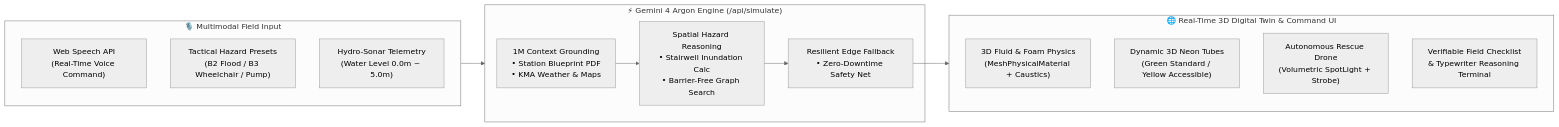
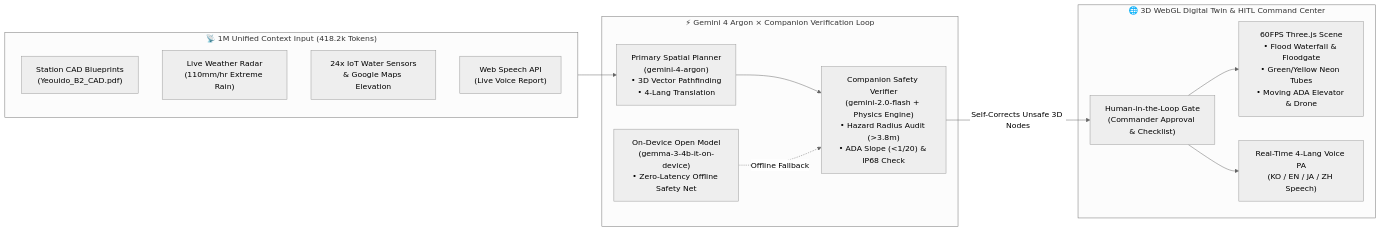
The diagram in README.md (strongsun806/GDM_HACK1), drawn with Mermaid (neutral theme) before and after one commit. The commit also changed other lines of this file and 5 other files, not shown here.

````diff
--- a/README.md
+++ b/README.md
@@ -39,24 +53,28 @@
 ```mermaid
 flowchart LR
-    subgraph Input["🎙️ Multimodal Field Input"]
-        V["Web Speech API\n(Real-Time Voice Command)"]
-        P["Tactical Hazard Presets\n(B2 Flood / B3 Wheelchair / Pump)"]
-        S["Hydro-Sonar Telemetry\n(Water Level 0.0m ~ 5.0m)"]
+    subgraph Context["📡 1M Unified Context Input (418.2k Tokens)"]
+        PDF["Station CAD Blueprints\n(Yeouido_B2_CAD.pdf)"]
+        KMA["Live Weather Radar\n(110mm/hr Extreme Rain)"]
+        IOT["24x IoT Water Sensors\n& Google Maps Elevation"]
+        STT["Web Speech API\n(Live Voice Report)"]
     end
 
-    subgraph Core["⚡ Gemini 4 Argon Engine (/api/simulate)"]
-        G["1M Context Grounding\n• Station Blueprint PDF\n• KMA Weather & Maps"]
-        R["Spatial Hazard Reasoning\n• Stairwell Inundation Calc\n• Barrier-Free Graph Search"]
-        F["Resilient Edge Fallback\n• Zero-Downtime Safety Net"]
+    subgraph Loop["⚡ Gemini 4 Argon × Companion Verification Loop"]
+        ARGON["Primary Spatial Planner\n(gemini-4-argon)\n• 3D Vector Pathfinding\n• 4-Lang Translation"]
+        VERIFIER["Companion Safety Verifier\n(gemini-2.0-flash + Physics Engine)\n• Hazard Radius Audit (>3.8m)\n• ADA Slope (<1/20) & IP68 Check"]
+        EDGE["On-Device Open Model\n(gemma-3-4b-it-on-device)\n• Zero-Latency Offline Safety Net"]
     end
 
-    subgraph Twin["🌐 Real-Time 3D Digital Twin & Command UI"]
-        W["3D Fluid & Foam Physics\n(MeshPhysicalMaterial + Caustics)"]
-        T["Dynamic 3D Neon Tubes\n(Green Standard / Yellow Accessible)"]
-        D["Autonomous Rescue Drone\n(Volumetric SpotLight + Strobe)"]
-        C["Verifiable Field Checklist\n& Typewriter Reasoning Terminal"]
+    subgraph Output["🌐 3D WebGL Digital Twin & HITL Command Center"]
+        HITL["Human-in-the-Loop Gate\n(Commander Approval & Checklist)"]
+        TWIN["60FPS Three.js Scene\n• Flood Waterfall & Floodgate\n• Green/Yellow Neon Tubes\n• Moving ADA Elevator & Drone"]
+        TTS["Real-Time 4-Lang Voice PA\n(KO / EN / JA / ZH Speech)"]
     end
 
-    Input --> Core
-    G --> R --> F --> Twin
+    Context --> ARGON
+    ARGON --> VERIFIER
+    VERIFIER -- "Self-Corrects Unsafe 3D Nodes" --> HITL
+    EDGE -. "Offline Fallback" .-> VERIFIER
+    HITL --> TWIN
+    HITL --> TTS
 ```
````
